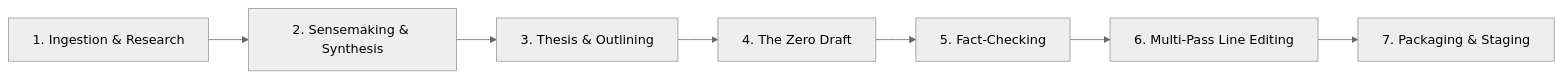
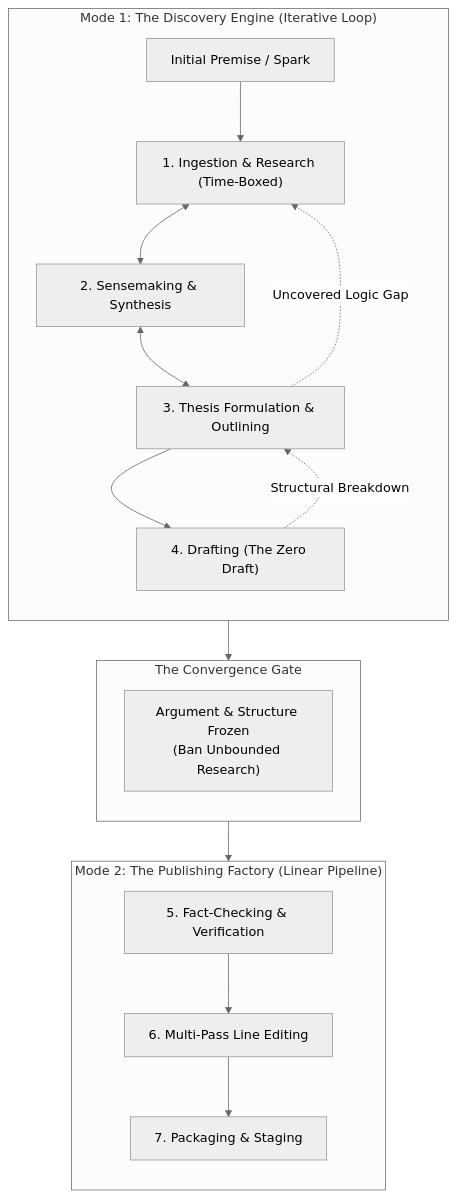
Before and after one commit to mnaatjes/editorial-engine: the second of 2 diagrams in architecture/rfcs/0001_multi_plane_repository_topology.md, drawn with Mermaid (neutral theme). The commit also changed other lines of this file, not shown here.

Commit message:
docs(rfc)0001_multi... modality refactor

````diff
--- a/architecture/rfcs/0001_multi_plane_repository_topology.md
+++ b/architecture/rfcs/0001_multi_plane_repository_topology.md
@@ -120,9 +123,26 @@
 ```mermaid
-flowchart LR
-    S1["1. Ingestion & Research"] --> S2["2. Sensemaking & Synthesis"]
-    S2 --> S3["3. Thesis & Outlining"]
-    S3 --> S4["4. The Zero Draft"]
-    S4 --> S5["5. Fact-Checking"]
-    S5 --> S6["6. Multi-Pass Line Editing"]
-    S6 --> S7["7. Packaging & Staging"]
+flowchart TD
+    subgraph Mode1["Mode 1: The Discovery Engine (Iterative Loop)"]
+        direction TB
+        Idea["Initial Premise / Spark"] --> S1["1. Ingestion & Research (Time-Boxed)"]
+        S1 <--> S2["2. Sensemaking & Synthesis"]
+        S2 <--> S3["3. Thesis Formulation & Outlining"]
+        S3 -. "Uncovered Logic Gap" .-> S1
+        S3 --> S4["4. Drafting (The Zero Draft)"]
+        S4 -. "Structural Breakdown" .-> S3
+    end
+
+    subgraph Gate["The Convergence Gate"]
+        direction TB
+        Freeze["Argument & Structure Frozen\n(Ban Unbounded Research)"]
+    end
+
+    subgraph Mode2["Mode 2: The Publishing Factory (Linear Pipeline)"]
+        direction TB
+        S5["5. Fact-Checking & Verification"] --> S6["6. Multi-Pass Line Editing"]
+        S6 --> S7["7. Packaging & Staging"]
+    end
+
+    Mode1 --> Gate
+    Gate --> Mode2
 ```
````
